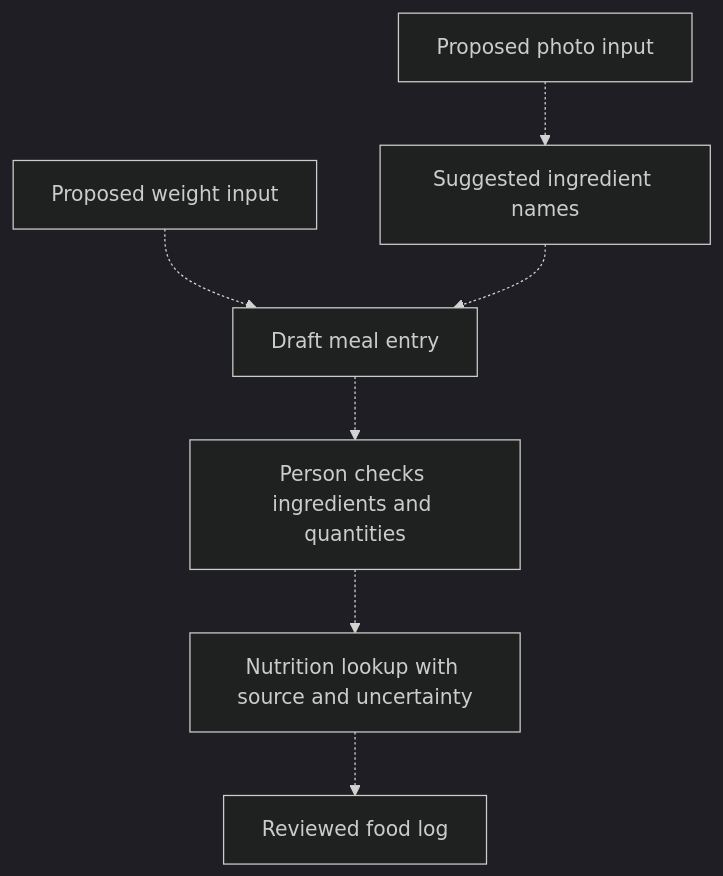
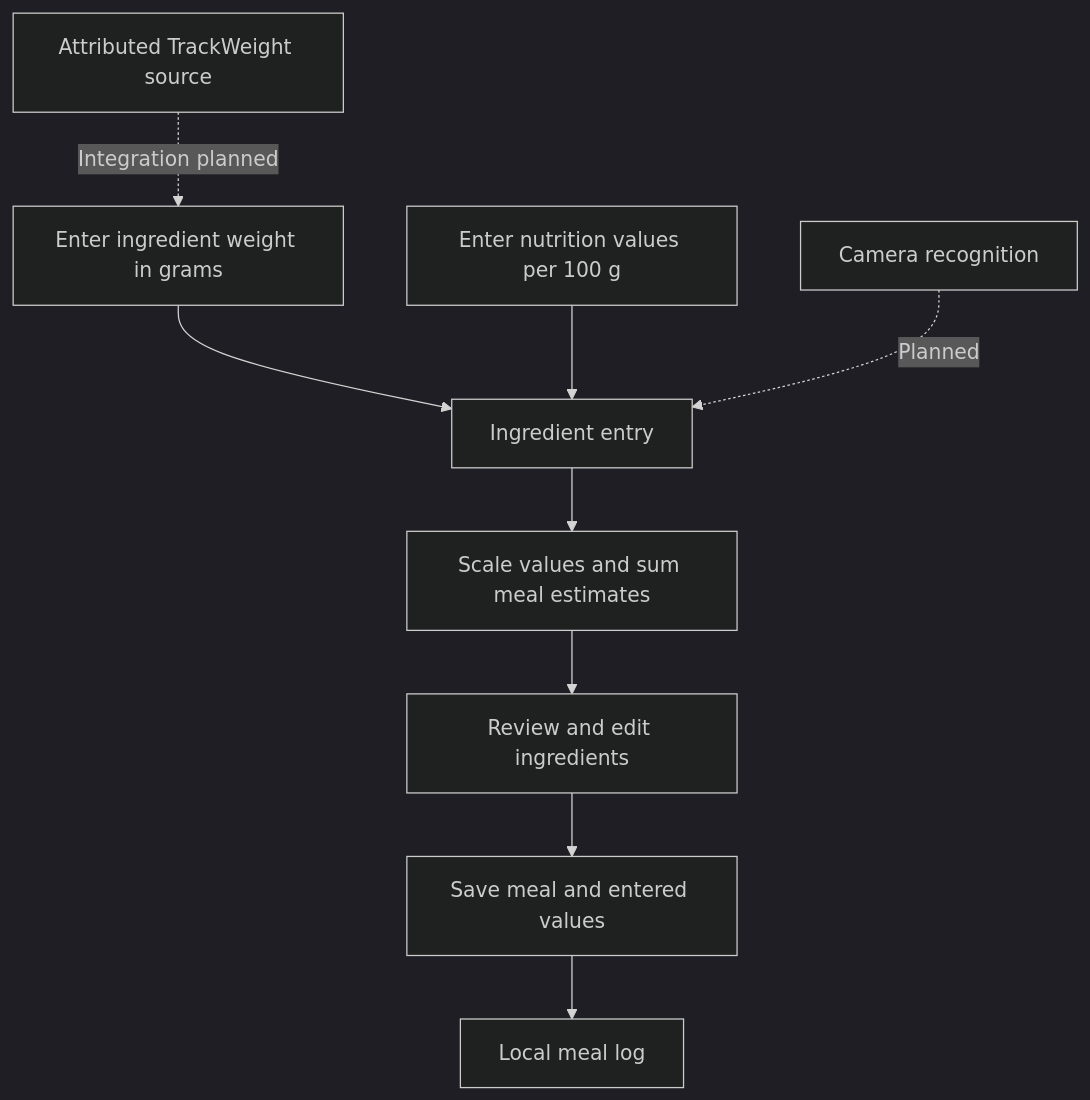
The diagram in README.md (ved-sarkar/TrackBite), drawn with Mermaid (dark theme) before and after one commit. The commit also changed other lines of this file and 39 other files, not shown here.

First line of the commit message:
Implement manual nutrition workflow and include attributed weighing foundation

````diff
--- a/README.md
+++ b/README.md
@@ -7,9 +7,11 @@
 ```mermaid
 flowchart TD
-    Weight[Proposed weight input] -.-> Draft[Draft meal entry]
-    Photo[Proposed photo input] -.-> Identify[Suggested ingredient names]
-    Identify -.-> Draft
-    Draft -.-> Review[Person checks ingredients and quantities]
-    Review -.-> Nutrition[Nutrition lookup with source and uncertainty]
-    Nutrition -.-> Log[Reviewed food log]
+    Weight[Enter ingredient weight in grams] --> Ingredient[Ingredient entry]
+    Label[Enter nutrition values per 100 g] --> Ingredient
+    Ingredient --> Calculate[Scale values and sum meal estimates]
+    Calculate --> Review[Review and edit ingredients]
+    Review --> Save[Save meal and entered values]
+    Save --> Log[Local meal log]
+    Foundation[Attributed TrackWeight source] -. Integration planned .-> Weight
+    Camera[Camera recognition] -. Planned .-> Ingredient
 ```
````
